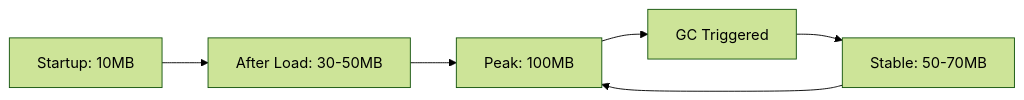
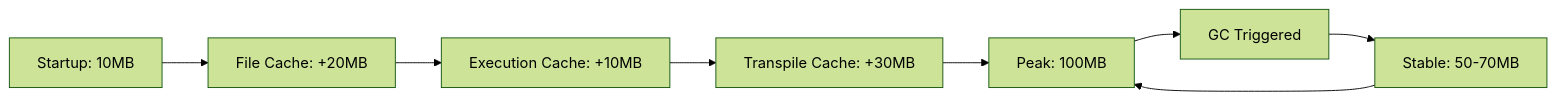
One commit to Stasshe/Pyxis-CodeCanvas changed diagram 15 of 16 in docs/NODE-RUNTIME.md. Above: the diagram before and after it, drawn with Mermaid (forest theme). The commit also changed other lines of this file, not shown here.

````diff
--- a/docs/NODE-RUNTIME.md
+++ b/docs/NODE-RUNTIME.md
@@ -620,14 +847,18 @@
 ```mermaid
 graph LR
     Init[Startup: 10MB]
-    Load[After Load: 30-50MB]
+    FSCache[File Cache: +20MB]
+    ExecCache[Execution Cache: +10MB]
+    TransCache[Transpile Cache: +30MB]
     Peak[Peak: 100MB]
     GC[GC Triggered]
     Stable[Stable: 50-70MB]
     
-    Init --> Load
-    Load --> Peak
+    Init --> FSCache
+    FSCache --> ExecCache
+    ExecCache --> TransCache
+    TransCache --> Peak
     Peak --> GC
     GC --> Stable
     Stable --> Peak
 ```
````
